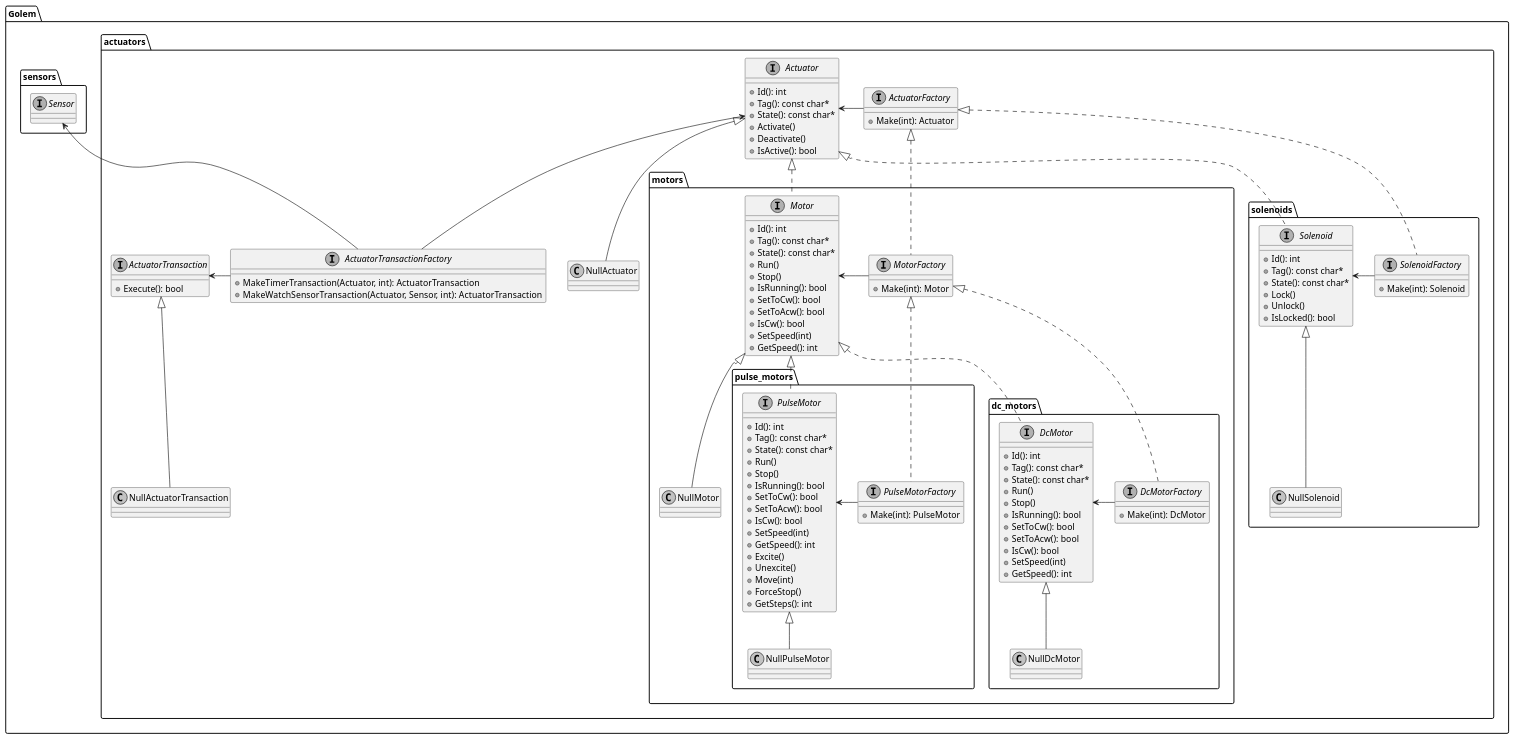
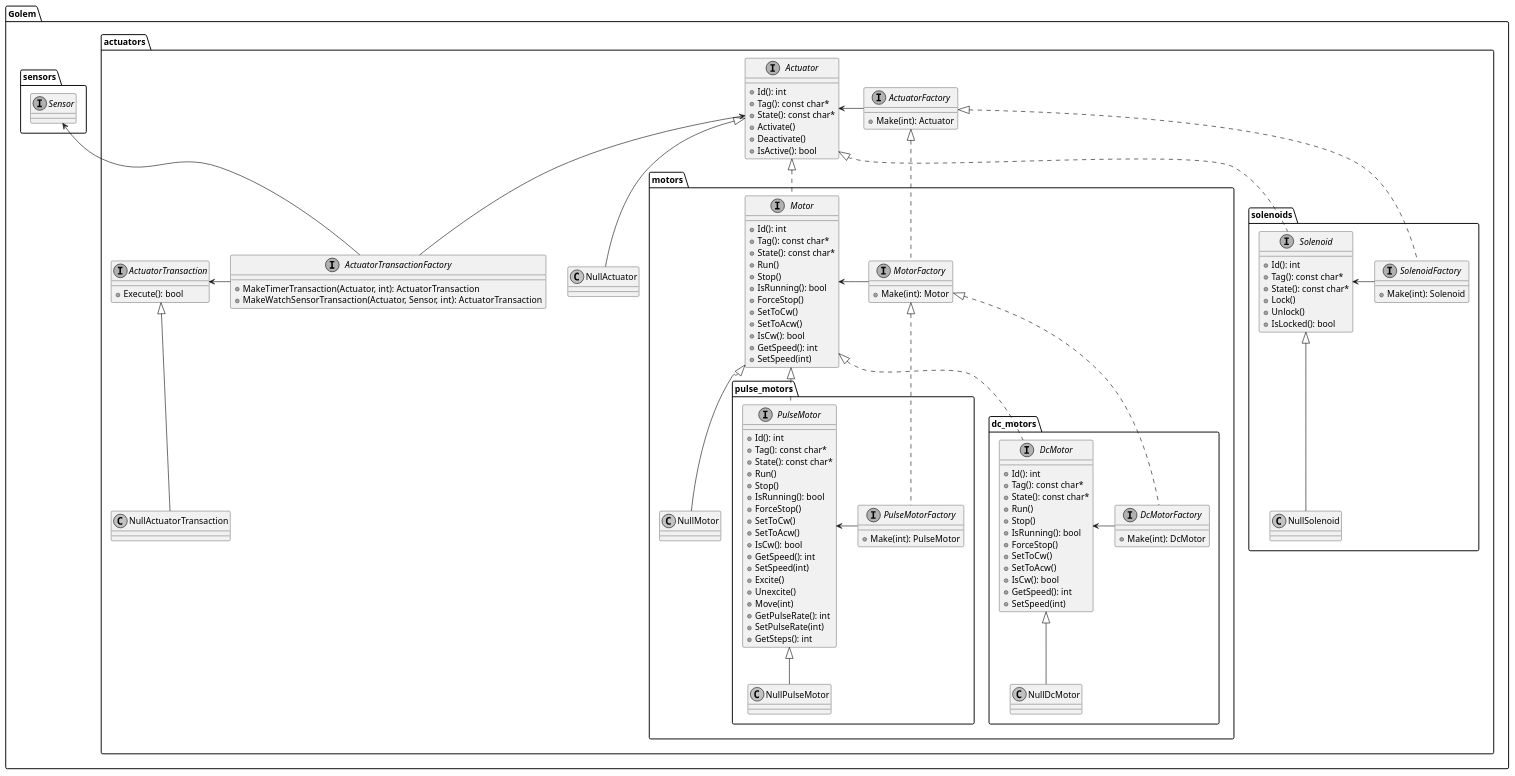
One commit to kokabe2/golem changed the diagram in doc/actuator_class_diagram.pu. Above: the diagram before and after it, drawn with PlantUML.

```diff
--- a/doc/actuator_class_diagram.pu
+++ b/doc/actuator_class_diagram.pu
@@ -1,133 +1,137 @@
 @startuml actuator_class_diagram
 skinparam {
     defaultFontName Ricty Diminished
     monochrome true
 }
 
 package Golem {
     folder actuators {
         interface Actuator {
             + Id(): int
             + Tag(): const char*
             + State(): const char*
             + Activate()
             + Deactivate()
             + IsActive(): bool
         }
         interface ActuatorFactory {
             + Make(int): Actuator
         }
         interface ActuatorTransaction {
             + Execute(): bool
         }
         interface ActuatorTransactionFactory {
             + MakeTimerTransaction(Actuator, int): ActuatorTransaction
             + MakeWatchSensorTransaction(Actuator, Sensor, int): ActuatorTransaction
         }
         class NullActuator
         class NullActuatorTransaction
         folder motors {
             interface Motor {
                 + Id(): int
                 + Tag(): const char*
                 + State(): const char*
                 + Run()
                 + Stop()
                 + IsRunning(): bool
-                + SetToCw(): bool
-                + SetToAcw(): bool
+                + ForceStop()
+                + SetToCw()
+                + SetToAcw()
                 + IsCw(): bool
+                + GetSpeed(): int
                 + SetSpeed(int)
-                + GetSpeed(): int
             }
             interface MotorFactory {
                 + Make(int): Motor
             }
             class NullMotor
             folder dc_motors {
                 interface DcMotor {
                     + Id(): int
                     + Tag(): const char*
                     + State(): const char*
                     + Run()
                     + Stop()
                     + IsRunning(): bool
-                    + SetToCw(): bool
-                    + SetToAcw(): bool
+                    + ForceStop()
+                    + SetToCw()
+                    + SetToAcw()
                     + IsCw(): bool
+                    + GetSpeed(): int
                     + SetSpeed(int)
-                    + GetSpeed(): int
                 }
                 interface DcMotorFactory {
                     + Make(int): DcMotor
                 }
                 class NullDcMotor
                 DcMotor <|-- NullDcMotor
                 DcMotor <- DcMotorFactory
             }
             folder pulse_motors {
                 interface PulseMotor {
                     + Id(): int
                     + Tag(): const char*
                     + State(): const char*
                     + Run()
                     + Stop()
                     + IsRunning(): bool
-                    + SetToCw(): bool
-                    + SetToAcw(): bool
+                    + ForceStop()
+                    + SetToCw()
+                    + SetToAcw()
                     + IsCw(): bool
+                    + GetSpeed(): int
                     + SetSpeed(int)
-                    + GetSpeed(): int
                     + Excite()
                     + Unexcite()
                     + Move(int)
-                    + ForceStop()
+                    + GetPulseRate(): int
+                    + SetPulseRate(int)
                     + GetSteps(): int
                 }
                 interface PulseMotorFactory {
                     + Make(int): PulseMotor
                 }
                 class NullPulseMotor
                 PulseMotor <|-- NullPulseMotor
                 PulseMotor <- PulseMotorFactory
             }
             Motor <|-- NullMotor
             Motor <- MotorFactory
             Motor <|.. DcMotor
             MotorFactory <|.. DcMotorFactory
             Motor <|.. PulseMotor
             MotorFactory <|.. PulseMotorFactory
         }
         folder solenoids {
             interface Solenoid {
                 + Id(): int
                 + Tag(): const char*
                 + State(): const char*
                 + Lock()
                 + Unlock()
                 + IsLocked(): bool
             }
             interface SolenoidFactory {
                 + Make(int): Solenoid
             }
             class NullSolenoid
             Solenoid <|-- NullSolenoid
             Solenoid <- SolenoidFactory
         }
         Actuator <|-- NullActuator
         Actuator <- ActuatorFactory
         ActuatorTransaction <|-- NullActuatorTransaction
         ActuatorTransaction <- ActuatorTransactionFactory
         Actuator <-- ActuatorTransactionFactory
         ActuatorTransactionFactory -[hidden]r-> NullActuator
         Actuator <|.. Solenoid
         ActuatorFactory <|.. SolenoidFactory
         Actuator <|.. Motor
         ActuatorFactory <|.. MotorFactory
     }
     folder sensors {
         interface Sensor
     }
     Sensor <-- ActuatorTransactionFactory
 }
 @enduml
```
